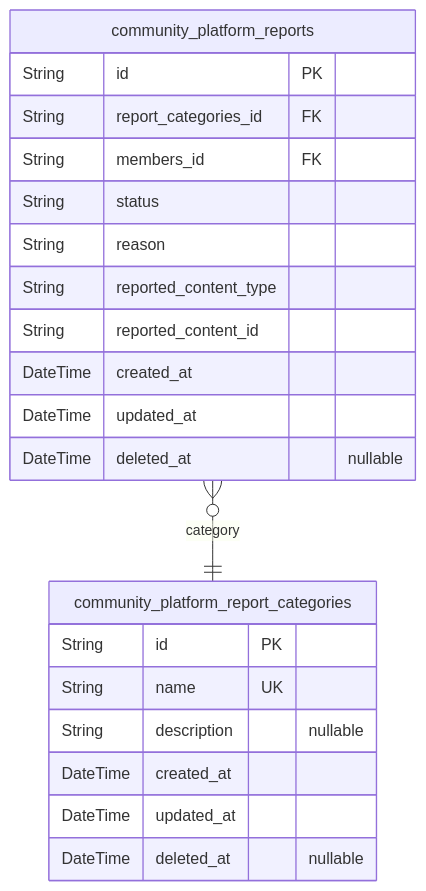
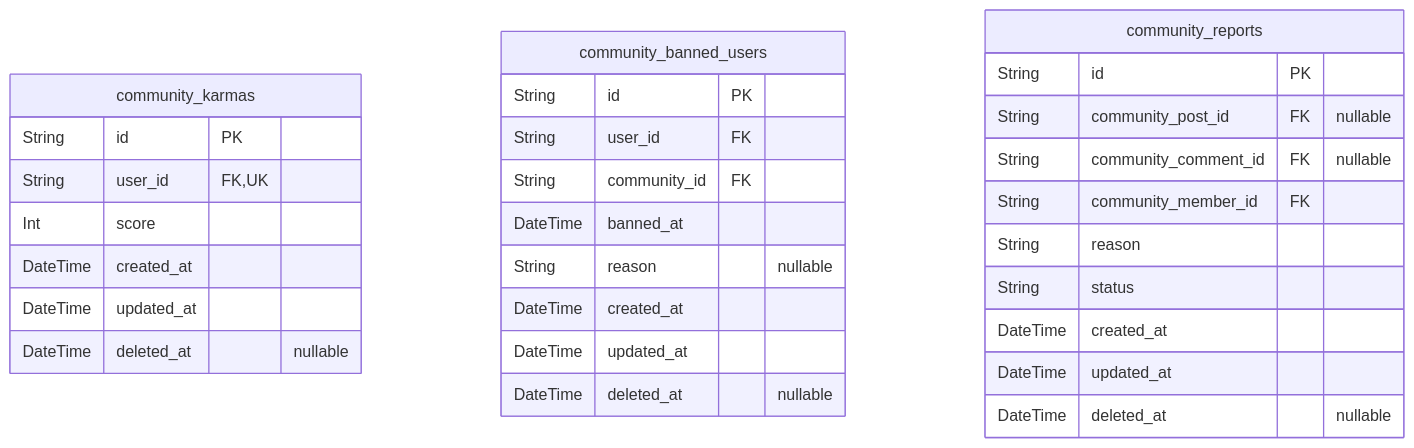
One commit to wrtnlabs/autobe-examples changed the fourth of 4 diagrams in qwen/qwen3-30b-a3b-thinking-2507/reddit/docs/ERD.md. Above: the diagram before and after it, drawn with Mermaid. The commit also changed other lines of this file and 3171 other files, not shown here.

````diff
--- a/qwen/qwen3-30b-a3b-thinking-2507/reddit/docs/ERD.md
+++ b/qwen/qwen3-30b-a3b-thinking-2507/reddit/docs/ERD.md
@@ -928,24 +499,32 @@
 ```mermaid
 erDiagram
-"community_platform_report_categories" {
+"community_karmas" {
   String id PK
-  String name UK
-  String description "nullable"
+  String user_id FK,UK
+  Int score
   DateTime created_at
   DateTime updated_at
   DateTime deleted_at "nullable"
 }
-"community_platform_reports" {
+"community_banned_users" {
   String id PK
-  String report_categories_id FK
-  String members_id FK
-  String status
-  String reason
-  String reported_content_type
-  String reported_content_id
+  String user_id FK
+  String community_id FK
+  DateTime banned_at
+  String reason "nullable"
   DateTime created_at
   DateTime updated_at
   DateTime deleted_at "nullable"
 }
-"community_platform_reports" }o--|| "community_platform_report_categories" : category
+"community_reports" {
+  String id PK
+  String community_post_id FK "nullable"
+  String community_comment_id FK "nullable"
+  String community_member_id FK
+  String reason
+  String status
+  DateTime created_at
+  DateTime updated_at
+  DateTime deleted_at "nullable"
+}
 ```
````
